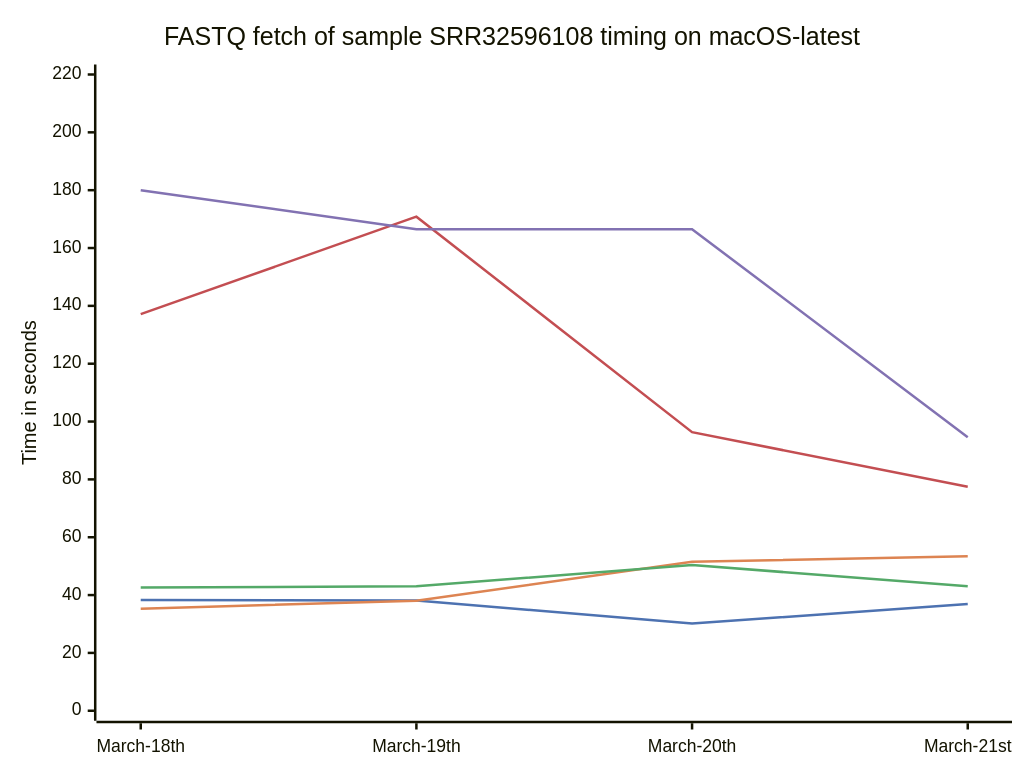
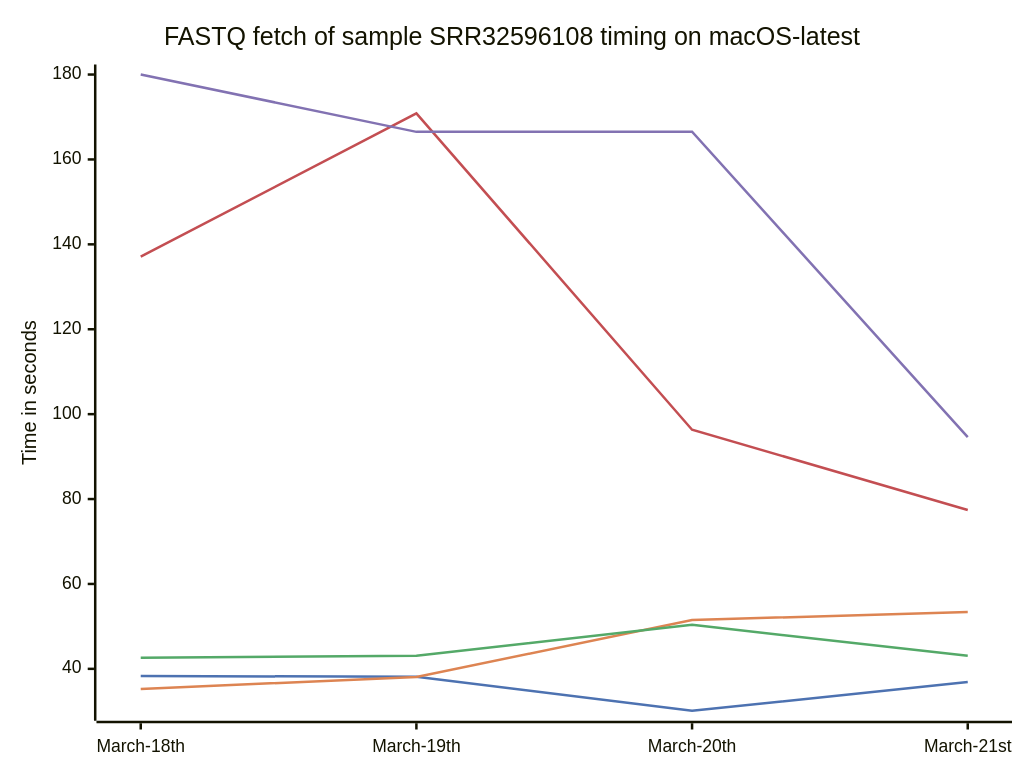
One commit to biermanr/Download_SRA_FASTQ_Benchmarks changed the diagram in README.md. Above: the diagram before and after it, drawn with Mermaid. The commit also changed other lines of this file and 1 other file, not shown here.

Commit message:
feat: gha add timing to mermaid line plot

````diff
--- a/README.md
+++ b/README.md
@@ -12,20 +12,26 @@
 ```mermaid
 ---
 config:
     xyChart:
         width: 800
         height: 600
     themeVariables:
         xyChart:
             plotColorPalette: "#4d72b1,#dd8452,#54a968,#c34e52,#8272b2"
 ---
 xychart-beta
     title "FASTQ fetch of sample SRR32596108 timing on macOS-latest"
-    x-axis [March-18th, March-19th, March-20th, March-21st]
-    y-axis "Time in seconds" 0 --> 220
-    line "aria2c EBI" [ 38.31 , 38.14 , 30.13 , 36.88 , 26.61 ]
-    line "prefetch, fasterq-dump" [ 35.28, 38.07, 51.50, 53.38, 37.13 ]
-    line "aws, fasterq-dump" [ 42.61, 43.06, 50.37, 43.06, 41.17 ]
-    line "fasterq-dump only" [ 137.12, 170.85, 96.33, 77.43, 142.32 ]
-    line "fastq-dump only" [ 180.01 , 166.50 , 166.53 , 94.58 , 174.25 ]
+    x-axis [ March-18th, March-19th, March-20th, March-21st 
+    ]
+    y-axis "Time in seconds"
+    line "aria2c_EBI_data" [ 38.31 , 38.14 , 30.13 , 36.88 , 26.61 
+    ]
+    line "prefetch_fasterq-dump_data" [ 35.28, 38.07, 51.50, 53.38, 37.13 
+    ]
+    line "aws_fasterq-dump_data" [ 42.61, 43.06, 50.37, 43.06, 41.17 
+    ]
+    line "fasterq-dump_only_data" [ 137.12, 170.85, 96.33, 77.43, 142.32 
+    ]
+    line "fastq-dump_only_data" [ 180.01 , 166.50 , 166.53 , 94.58 , 174.25 
+    ]
  ```
````
